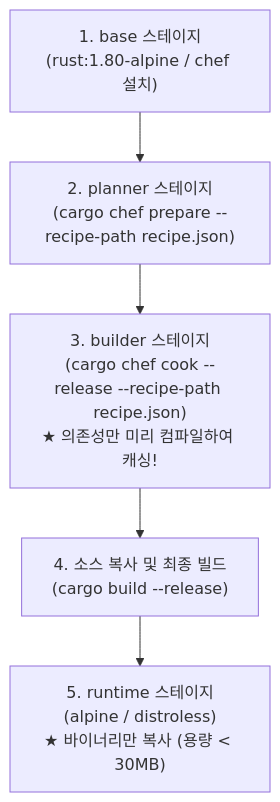
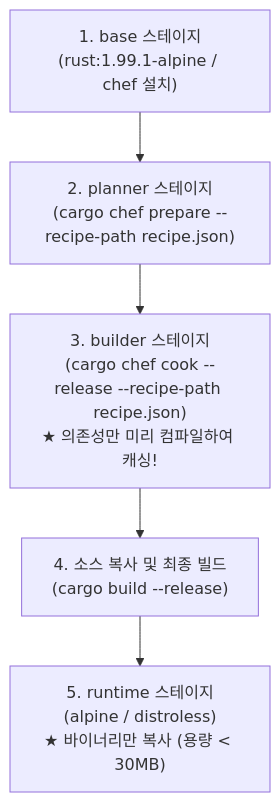
Before and after one commit to kjayvam/file-template: the first of 2 diagrams in docs/docker/build-optimization.md, drawn with Mermaid. The commit also changed 37 other files, not shown here.

````diff
--- a/docs/docker/build-optimization.md
+++ b/docs/docker/build-optimization.md
@@ -13,10 +13,10 @@
 ```mermaid
 flowchart TD
-    Base["1. base 스테이지<br/>(rust:1.80-alpine / chef 설치)"]
+    Base["1. base 스테이지<br/>(rust:1.99.1-alpine / chef 설치)"]
     Planner["2. planner 스테이지<br/>(cargo chef prepare --recipe-path recipe.json)"]
     Builder["3. builder 스테이지<br/>(cargo chef cook --release --recipe-path recipe.json)<br/>★ 의존성만 미리 컴파일하여 캐싱!"]
     CodeBuild["4. 소스 복사 및 최종 빌드<br/>(cargo build --release)"]
     Runtime["5. runtime 스테이지<br/>(alpine / distroless)<br/>★ 바이너리만 복사 (용량 < 30MB)"]
 
     Base --> Planner --> Builder --> CodeBuild --> Runtime
 ```
````
